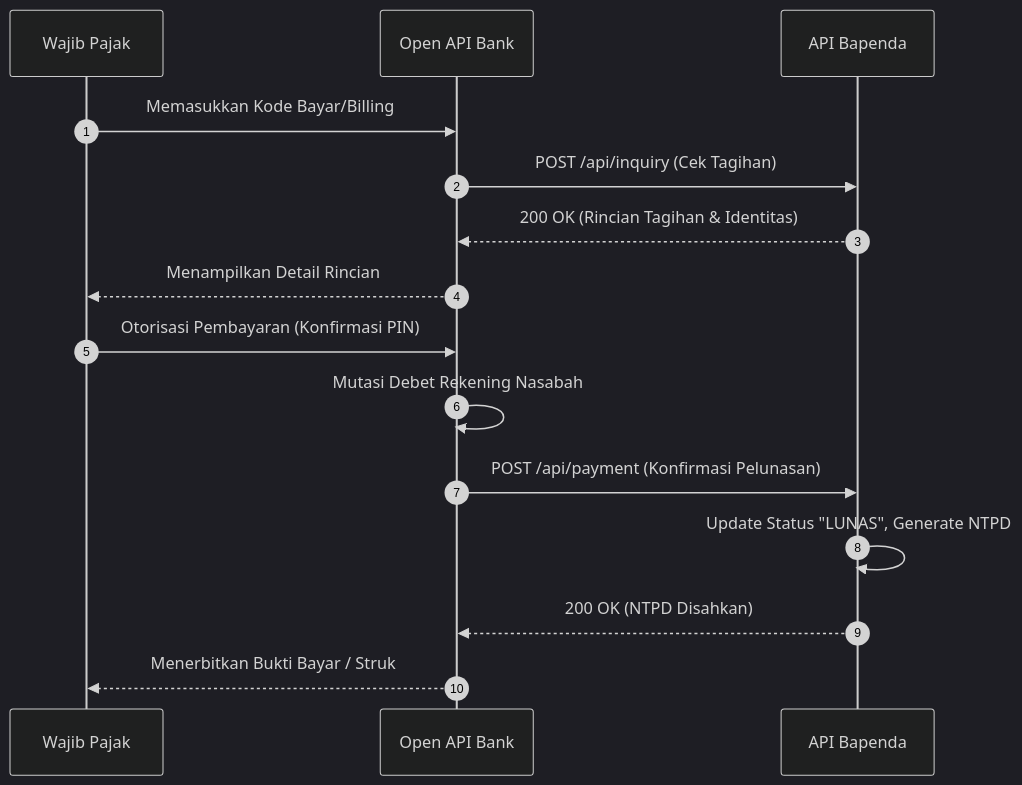
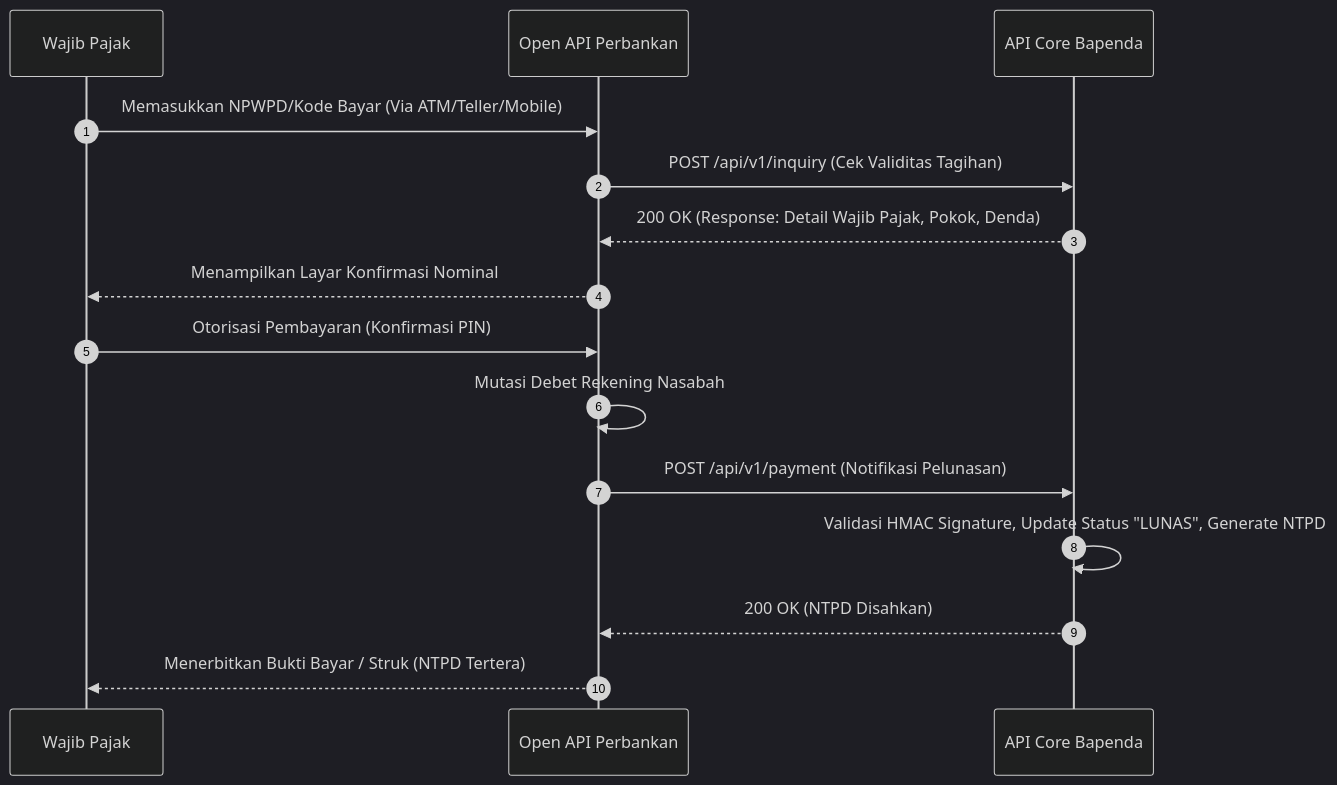
The third of 3 diagrams in docs/Dokumen_Perencanaan_Sistem_Pendapatan_Baubau.md (arif-rizal1122/retribusi-api), drawn with Mermaid (dark theme) before and after one commit. The commit also changed other lines of this file, not shown here.

```diff
--- a/docs/Dokumen_Perencanaan_Sistem_Pendapatan_Baubau.md
+++ b/docs/Dokumen_Perencanaan_Sistem_Pendapatan_Baubau.md
@@ -130,19 +183,19 @@
 <div class="mermaid">
 sequenceDiagram
     autonumber
     participant WP as Wajib Pajak
-    participant Bank as Open API Bank
-    participant Bapenda as API Bapenda
+    participant Bank as Open API Perbankan
+    participant Bapenda as API Core Bapenda
 
-    WP->>Bank: Memasukkan Kode Bayar/Billing
-    Bank->>Bapenda: POST /api/inquiry (Cek Tagihan)
-    Bapenda-->>Bank: 200 OK (Rincian Tagihan & Identitas)
-    Bank-->>WP: Menampilkan Detail Rincian
+    WP->>Bank: Memasukkan NPWPD/Kode Bayar (Via ATM/Teller/Mobile)
+    Bank->>Bapenda: POST /api/v1/inquiry (Cek Validitas Tagihan)
+    Bapenda-->>Bank: 200 OK (Response: Detail Wajib Pajak, Pokok, Denda)
+    Bank-->>WP: Menampilkan Layar Konfirmasi Nominal
 
     WP->>Bank: Otorisasi Pembayaran (Konfirmasi PIN)
     Bank->>Bank: Mutasi Debet Rekening Nasabah
-    Bank->>Bapenda: POST /api/payment (Konfirmasi Pelunasan)
-    Bapenda->>Bapenda: Update Status "LUNAS", Generate NTPD
+    Bank->>Bapenda: POST /api/v1/payment (Notifikasi Pelunasan)
+    Bapenda->>Bapenda: Validasi HMAC Signature, Update Status "LUNAS", Generate NTPD
     Bapenda-->>Bank: 200 OK (NTPD Disahkan)
-    Bank-->>WP: Menerbitkan Bukti Bayar / Struk
+    Bank-->>WP: Menerbitkan Bukti Bayar / Struk (NTPD Tertera)
 </div>
```
